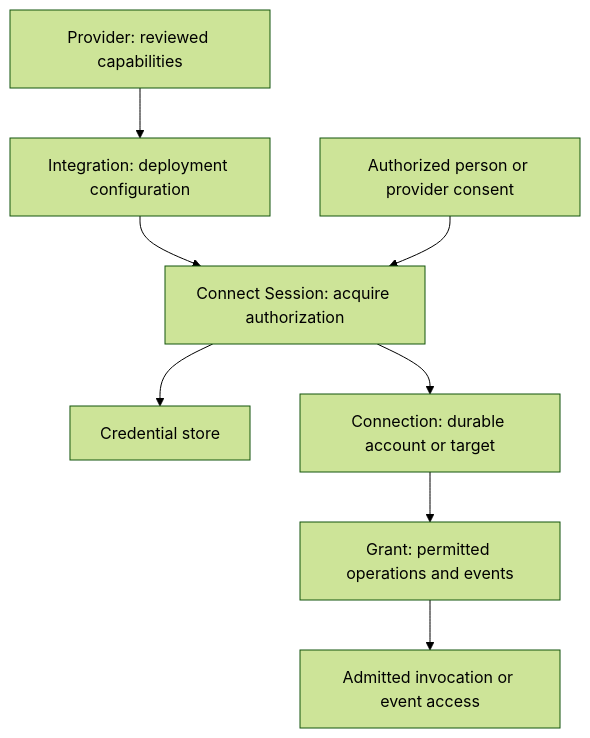
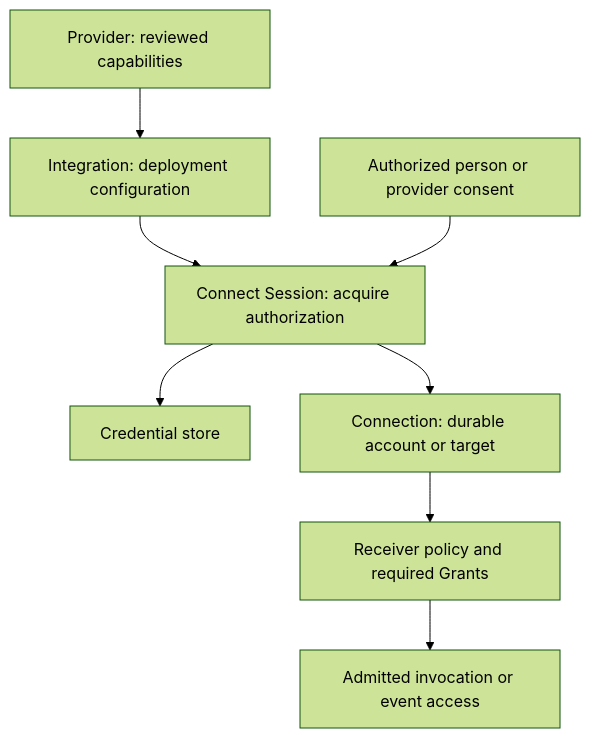
One commit to beyond10x/beyond10x.github.io changed the diagram in inputs/sources/connectors/tree/docs/architecture/authority.md. Above: the diagram before and after it, drawn with Mermaid (forest theme). The commit also changed other lines of this file and 1352 other files, not shown here.

````diff
--- a/inputs/sources/connectors/tree/docs/architecture/authority.md
+++ b/inputs/sources/connectors/tree/docs/architecture/authority.md
@@ -19,10 +19,12 @@
 ```mermaid
 flowchart TB
+    accTitle: Establish access before requesting an action
+    accDescr: A deployment enables an Integration. A Connect Session establishes a Connection and credential custody; action admission remains a separate decision.
     provider[Provider: reviewed capabilities] --> integration[Integration: deployment configuration]
     integration --> session[Connect Session: acquire authorization]
     human[Authorized person or provider consent] --> session
     session --> store[Credential store]
     session --> connection[Connection: durable account or target]
-    connection --> grant[Grant: permitted operations and events]
-    grant --> call[Admitted invocation or event access]
+    connection --> admission[Receiver policy and required Grants]
+    admission --> call[Admitted invocation or event access]
 ```
````
